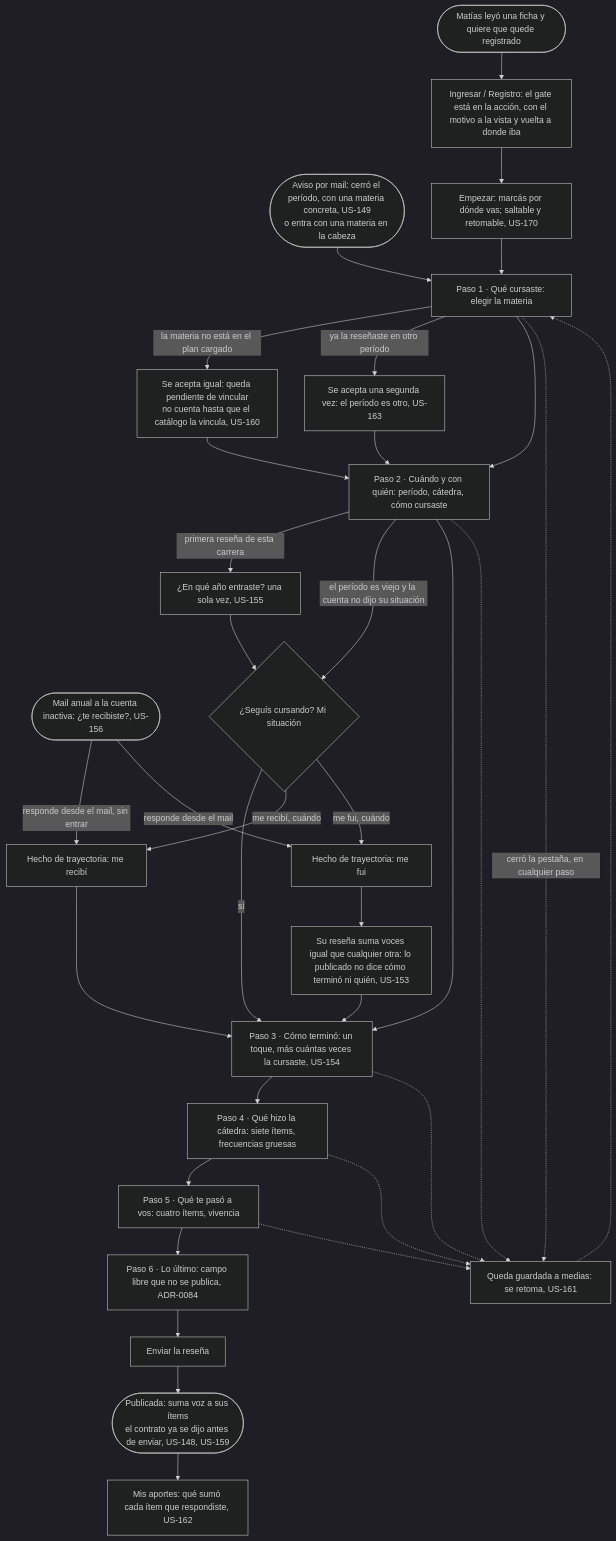
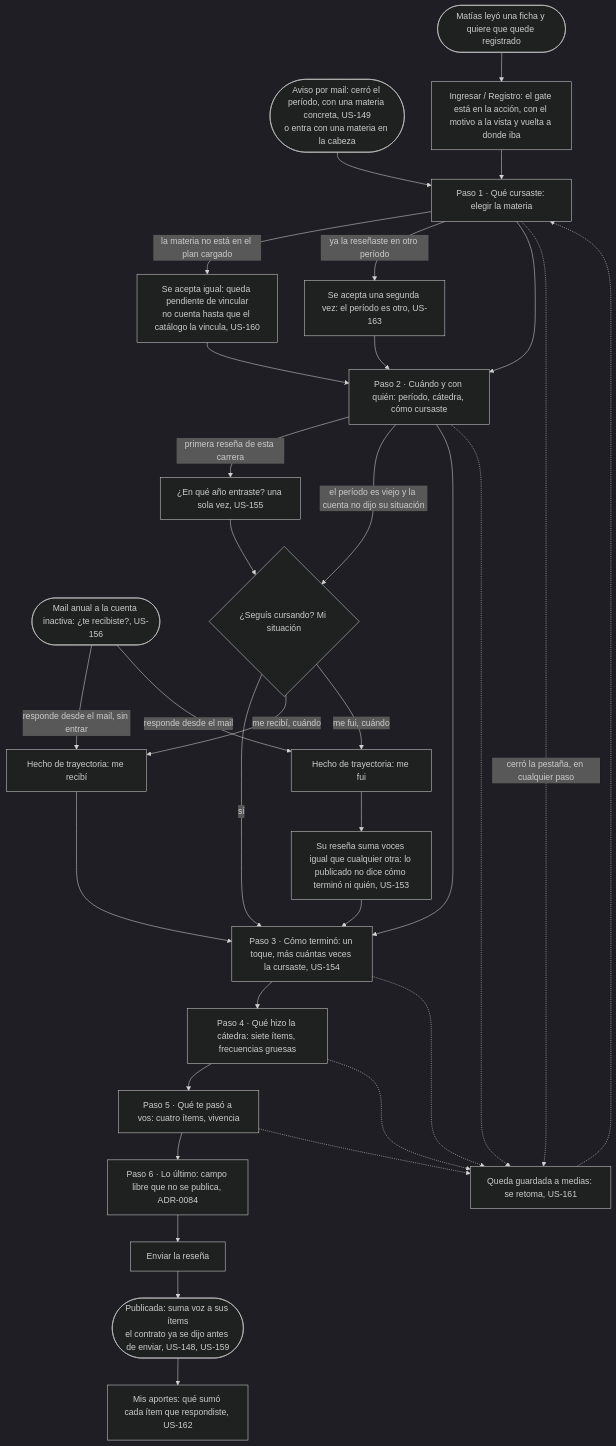
The diagram in docs/product/student/write-a-review/flow.md (lucasidev/plan-b), drawn with Mermaid (dark theme) before and after one commit. The commit also changed other lines of this file and 47 other files, not shown here.

````diff
--- a/docs/product/student/write-a-review/flow.md
+++ b/docs/product/student/write-a-review/flow.md
@@ -5,36 +5,35 @@
 ```mermaid
 flowchart TD
   A([Aviso por mail: cerró el período, con una materia concreta, US-149<br/>o entra con una materia en la cabeza]) --> B[Paso 1 · Qué cursaste: elegir la materia]
   A2([Mail anual a la cuenta inactiva: ¿te recibiste?, US-156]) -->|responde desde el mail, sin entrar| G3
   A2 -->|responde desde el mail| G4
   M([Matías leyó una ficha y quiere que quede registrado]) --> M1[Ingresar / Registro: el gate está en la acción, con el motivo a la vista y vuelta a donde iba]
-  M1 --> M2[Empezar: marcás por dónde vas; saltable y retomable, US-170]
-  M2 --> B
+  M1 --> B
   B -->|la materia no está en el plan cargado| B2[Se acepta igual: queda pendiente de vincular<br/>no cuenta hasta que el catálogo la vincula, US-160]
   B2 --> C
   B -->|ya la reseñaste en otro período| B3[Se acepta una segunda vez: el período es otro, US-163]
   B3 --> C
   B --> C[Paso 2 · Cuándo y con quién: período, cátedra, cómo cursaste]
   C -->|primera reseña de esta carrera| G1[¿En qué año entraste? una sola vez, US-155]
   G1 --> G2
   C -->|el período es viejo y la cuenta no dijo su situación| G2{¿Seguís cursando? Mi situación}
   G2 -->|sí| D
   G2 -->|me recibí, cuándo| G3[Hecho de trayectoria: me recibí]
   G2 -->|me fui, cuándo| G4[Hecho de trayectoria: me fui]
   G3 --> D
   G4 --> G5[Su reseña suma voces igual que cualquier otra: lo publicado no dice cómo terminó ni quién, US-153]
   G5 --> D
   C --> D[Paso 3 · Cómo terminó: un toque, más cuántas veces la cursaste, US-154]
   D --> E[Paso 4 · Qué hizo la cátedra: siete ítems, frecuencias gruesas]
   E --> F[Paso 5 · Qué te pasó a vos: cuatro ítems, vivencia]
   F --> H[Paso 6 · Lo último: campo libre que no se publica, ADR-0084]
   H --> I[Enviar la reseña]
   I --> K([Publicada: suma voz a sus ítems<br/>el contrato ya se dijo antes de enviar, US-148, US-159])
   B -.->|cerró la pestaña, en cualquier paso| R[Queda guardada a medias: se retoma, US-161]
   C -.-> R
   D -.-> R
   E -.-> R
   F -.-> R
   R -.-> B
   K --> L[Mis aportes: qué sumó cada ítem que respondiste, US-162]
 ```
````
